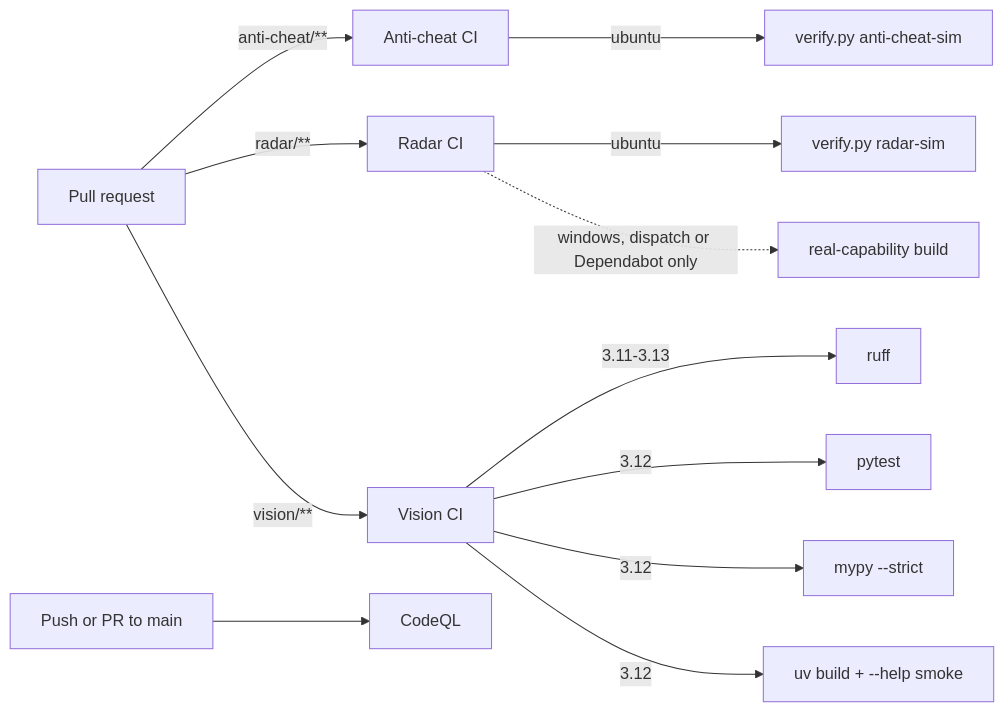
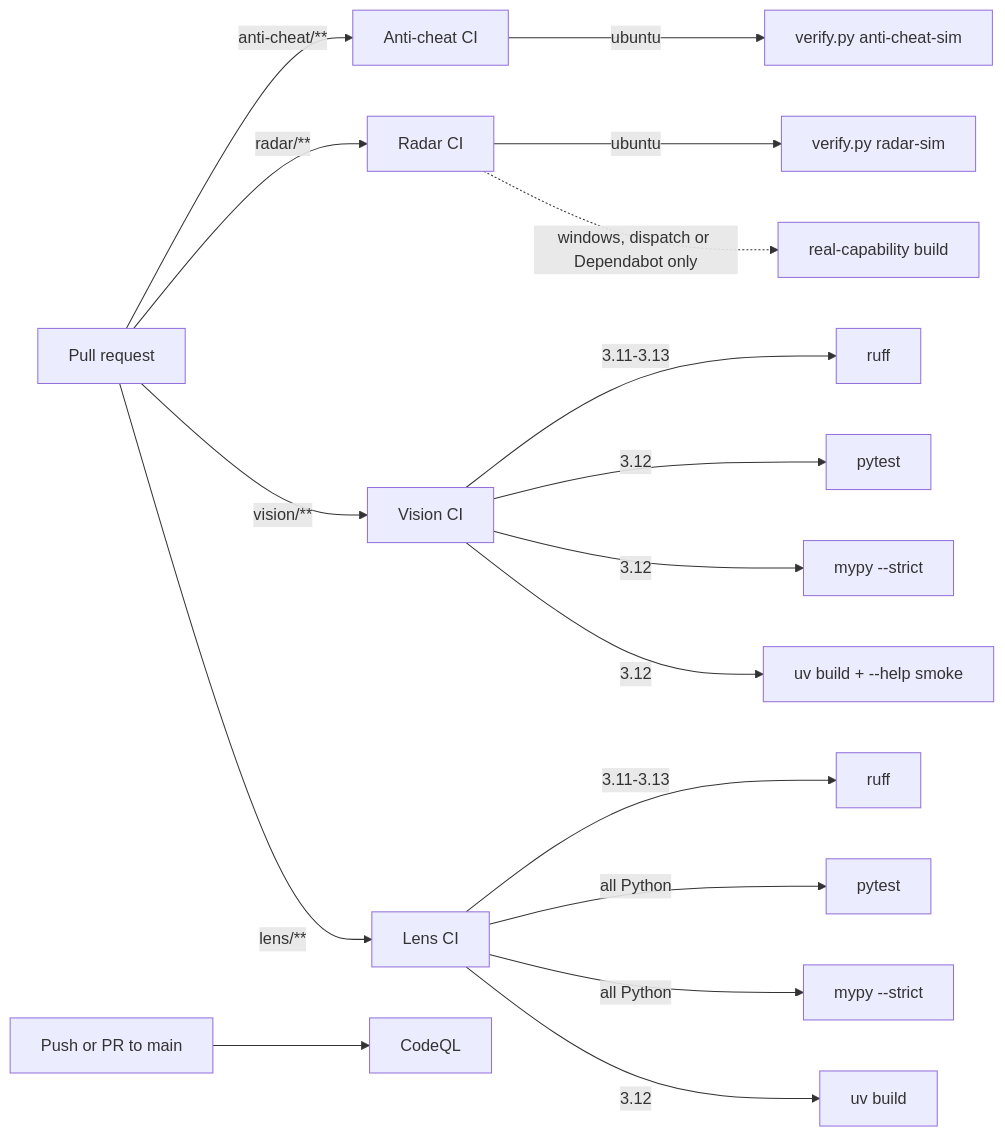
The sixth of 6 diagrams in docs/ARCHITECTURE.md (sebastianspicker/periscope-cs2), drawn with Mermaid before and after one commit. The commit also changed other lines of this file and 330 other files, not shown here.

````diff
--- a/docs/ARCHITECTURE.md
+++ b/docs/ARCHITECTURE.md
@@ -273,14 +273,19 @@
 ```mermaid
 flowchart LR
   pr[Pull request] -->|"anti-cheat/**"| aci[Anti-cheat CI]
   pr -->|"radar/**"| rci[Radar CI]
   pr -->|"vision/**"| vci[Vision CI]
+  pr -->|"lens/**"| lci[Lens CI]
   aci -->|ubuntu| acsim["verify.py anti-cheat-sim"]
   rci -->|ubuntu| rsim["verify.py radar-sim"]
   rci -.->|"windows, dispatch or Dependabot only"| rreal["real-capability build"]
   vci -->|"3.11-3.13"| vlint[ruff]
   vci -->|"3.12"| vtest[pytest]
   vci -->|"3.12"| vtype["mypy --strict"]
   vci -->|"3.12"| vpkg["uv build + --help smoke"]
+  lci -->|"3.11-3.13"| llint[ruff]
+  lci -->|"all Python"| ltest[pytest]
+  lci -->|"all Python"| ltype["mypy --strict"]
+  lci -->|"3.12"| lpkg[uv build]
   push[Push or PR to main] --> codeql[CodeQL]
 ```
````
